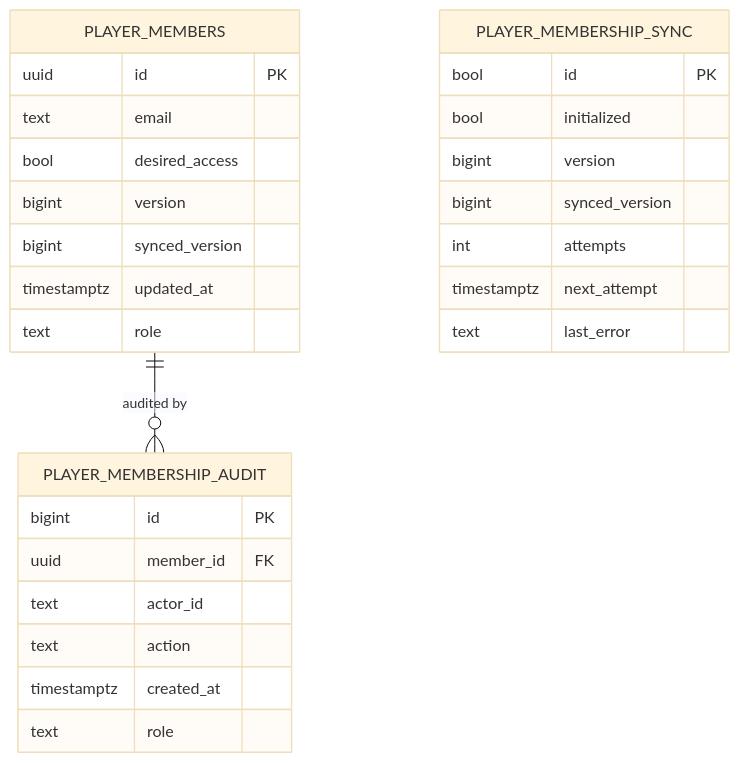
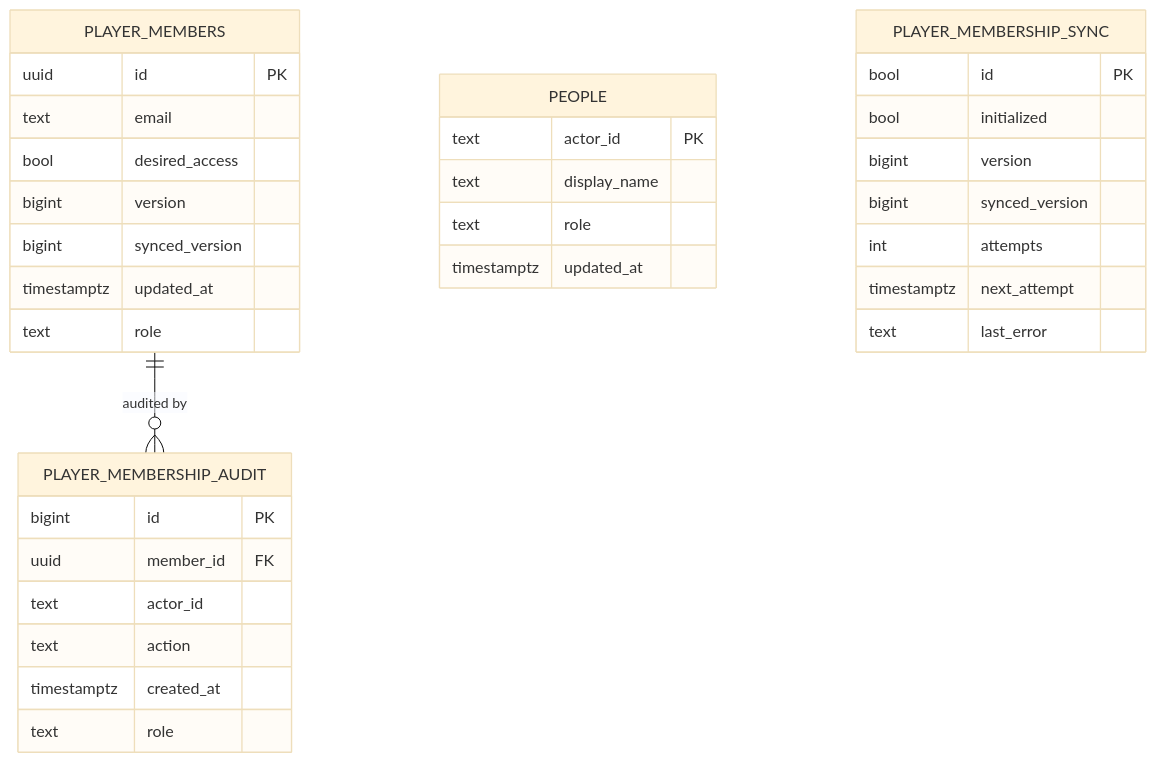
One commit to twhAuto/autonomous_battlefield changed the fourth of 4 diagrams in docs/architecture/database.md. Above: the diagram before and after it, drawn with Mermaid (base theme). The commit also changed other lines of this file and 5 other files, not shown here.

````diff
--- a/docs/architecture/database.md
+++ b/docs/architecture/database.md
@@ -295,30 +296,36 @@
 ```mermaid
 erDiagram
     PLAYER_MEMBERS ||--o{ PLAYER_MEMBERSHIP_AUDIT : "audited by"
+    PEOPLE {
+        text actor_id PK
+        text display_name
+        text role
+        timestamptz updated_at
+    }
     PLAYER_MEMBERS {
         uuid id PK
         text email
         bool desired_access
         bigint version
         bigint synced_version
         timestamptz updated_at
         text role
     }
     PLAYER_MEMBERSHIP_AUDIT {
         bigint id PK
         uuid member_id FK
         text actor_id
         text action
         timestamptz created_at
         text role
     }
     PLAYER_MEMBERSHIP_SYNC {
         bool id PK
         bool initialized
         bigint version
         bigint synced_version
         int attempts
         timestamptz next_attempt
         text last_error
     }
 ```
````
